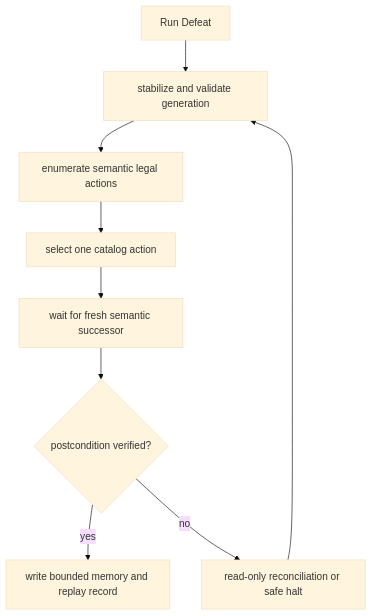
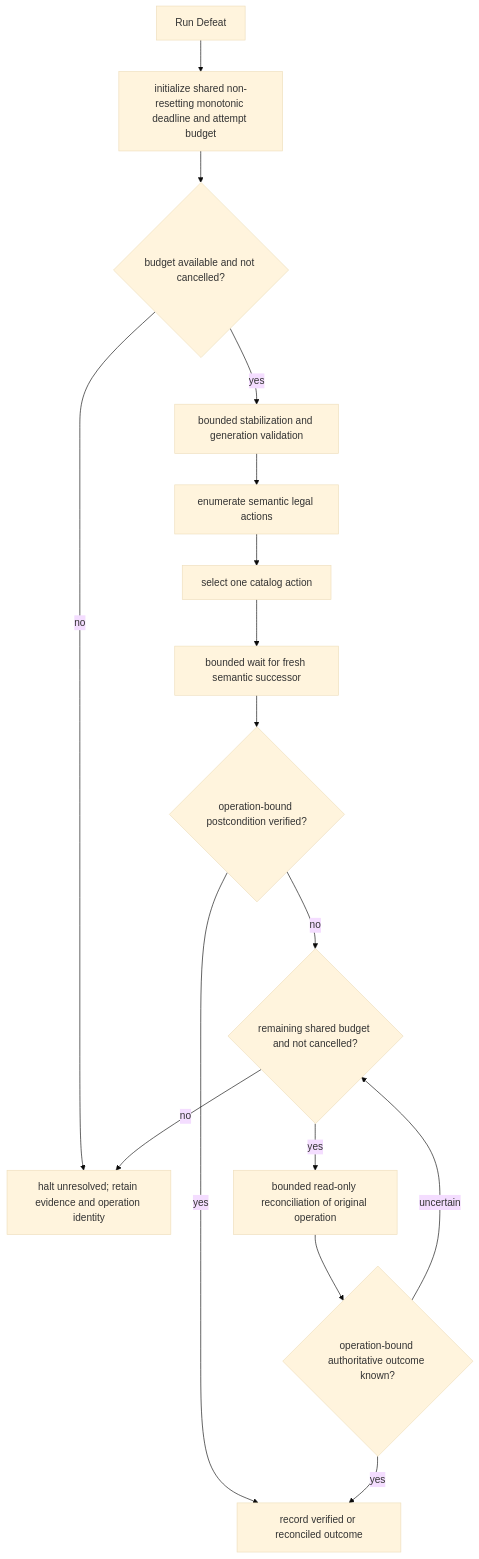
One commit to AI-Ascension/sts2-harness changed the diagram in docs/research/sts2-expert-state-package/diagrams/states/run_defeat.mmd. Above: the diagram before and after it, drawn with Mermaid (base theme). The commit also changed 135 other files, not shown here.

Commit message:
fix(research): bound generated recovery and halt unresolved outcomes

```diff
--- a/docs/research/sts2-expert-state-package/diagrams/states/run_defeat.mmd
+++ b/docs/research/sts2-expert-state-package/diagrams/states/run_defeat.mmd
@@ -1,11 +1,19 @@
 %% Generated by sts2-expert-state-package-generator/1; requirements baseline only.
 flowchart TD
-    E["Run Defeat"] --> B["stabilize and validate generation"]
+    E["Run Defeat"] --> I["initialize shared non-resetting monotonic deadline and attempt budget"]
+    I --> Q{"budget available and not cancelled?"}
+    Q -->|no| H["halt unresolved; retain evidence and operation identity"]
+    Q -->|yes| B["bounded stabilization and generation validation"]
     B --> L["enumerate semantic legal actions"]
     L --> X["select one catalog action"]
-    X --> W["wait for fresh semantic successor"]
-    W --> V{"postcondition verified?"}
-    V -->|yes| M["write bounded memory and replay record"]
-    V -->|no| R["read-only reconciliation or safe halt"]
-    R --> B
+    X --> W["bounded wait for fresh semantic successor"]
+    W --> V{"operation-bound postcondition verified?"}
+    V -->|yes| M["record verified or reconciled outcome"]
+    V -->|no| C{"remaining shared budget and not cancelled?"}
+    C -->|no| H
+    C -->|yes| R["bounded read-only reconciliation of original operation"]
+    R --> K{"operation-bound authoritative outcome known?"}
+    K -->|yes| M
+    K -->|uncertain| C
+    %% No recovery edge returns to action selection; halt has no outgoing edge.
     %% Stable node key: run_defeat
```
